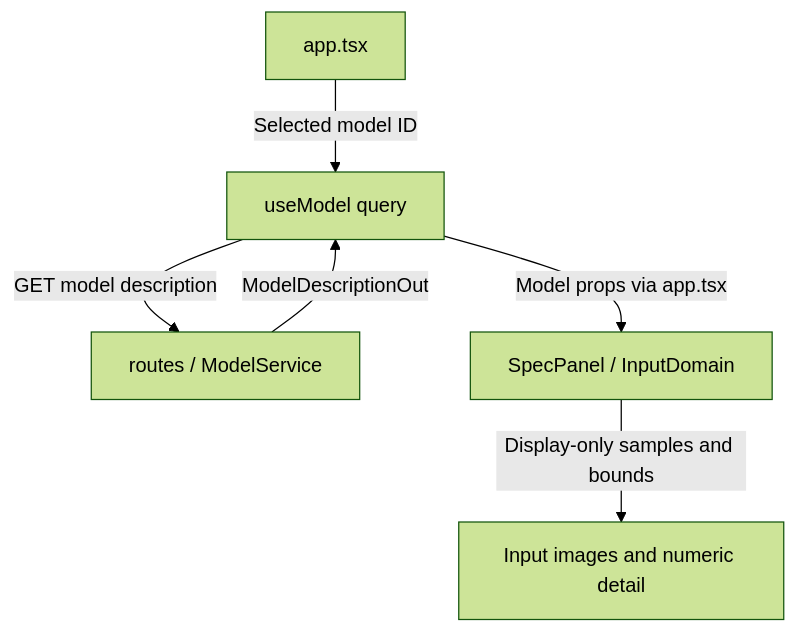
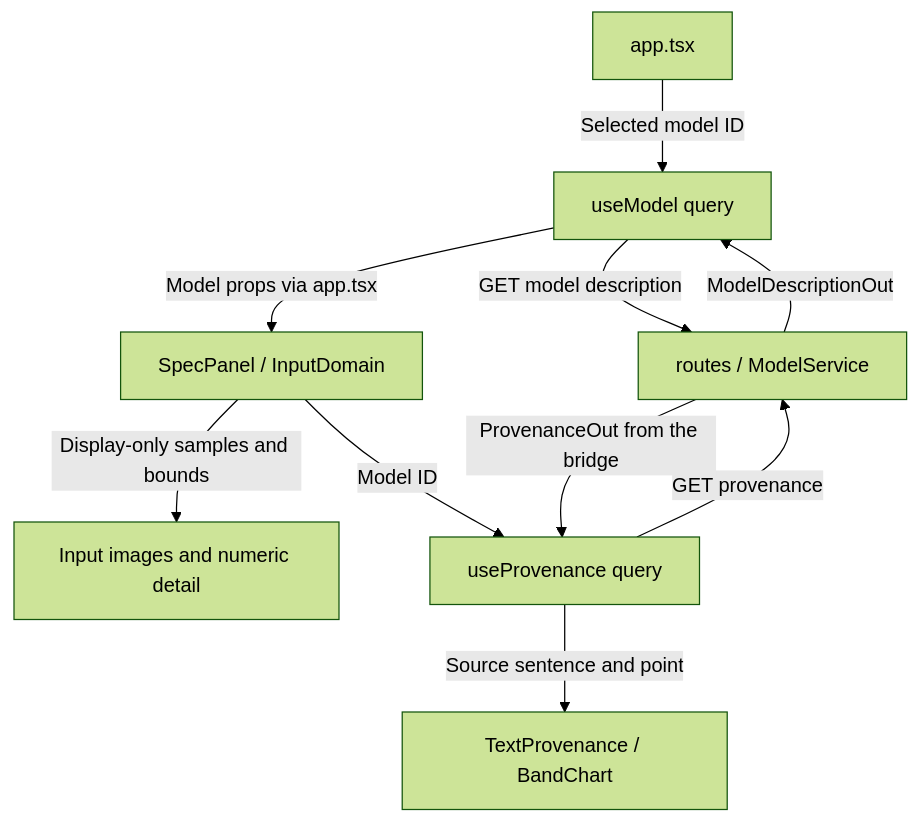
Before and after one commit to SVF-tools/ACT-GUI: the third of 3 diagrams in visual_bench/model_spec/README.md, drawn with Mermaid (forest theme). The commit also changed other lines of this file and 33 other files, not shown here.

Commit message:
model_spec: show input provenance and counterexample neighbours

````diff
--- a/visual_bench/model_spec/README.md
+++ b/visual_bench/model_spec/README.md
@@ -64,8 +65,12 @@
 ```mermaid
 flowchart TB
   App["app.tsx"] -->|"Selected model ID"| Hook["useModel query"]
   Hook -->|"GET model description"| API["routes / ModelService"]
   API -->|"ModelDescriptionOut"| Hook
   Hook -->|"Model props via app.tsx"| View["SpecPanel / InputDomain"]
   View -->|"Display-only samples and bounds"| Pixels["Input images and numeric detail"]
+  View -->|"Model ID"| Prov["useProvenance query"]
+  Prov -->|"GET provenance"| API
+  API -->|"ProvenanceOut from the bridge"| Prov
+  Prov -->|"Source sentence and point"| Text["TextProvenance / BandChart"]
 ```
````
